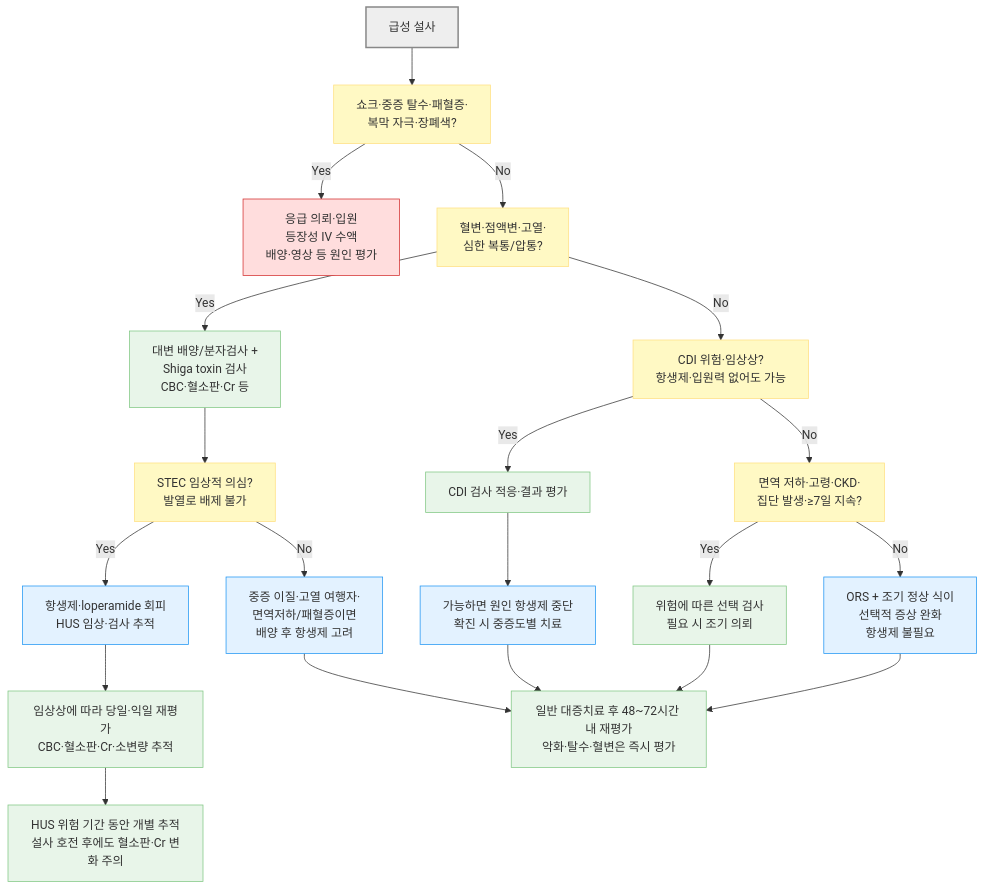
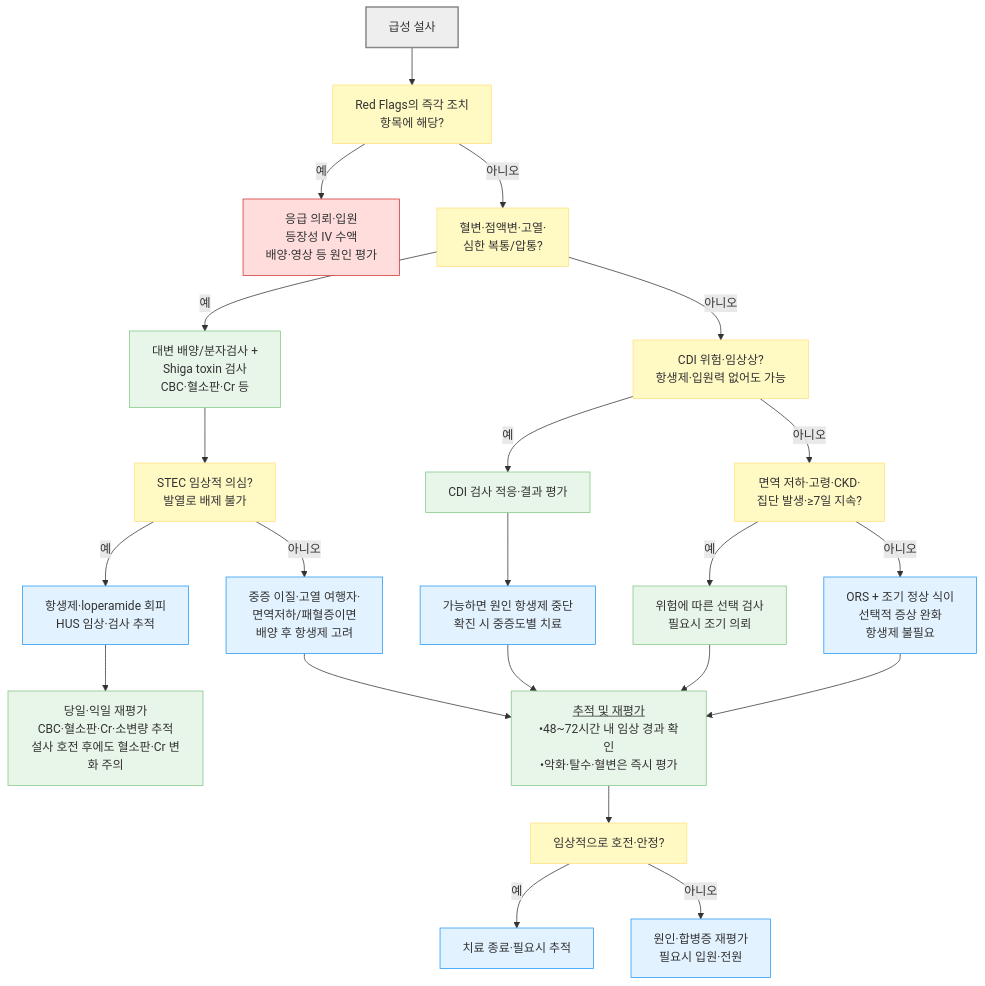
One commit to familyoh77/familyoh77 changed the diagram in 224_/083_-acute-diarrhea.md. Above: the diagram before and after it, drawn with Mermaid. The commit also changed other lines of this file and 1 other file, not shown here.

````diff
--- a/224_/083_-acute-diarrhea.md
+++ b/224_/083_-acute-diarrhea.md
@@ -145,36 +144,38 @@
 ```mermaid
 flowchart TD
-    Start["급성 설사"] --> S1["쇼크·중증 탈수·패혈증·<br/>복막 자극·장폐색?"]
-    S1 -->|Yes| Emergency["응급 의뢰·입원<br/>등장성 IV 수액<br/>배양·영상 등 원인 평가"]
-    S1 -->|No| S2["혈변·점액변·고열·<br/>심한 복통/압통?"]
+    Start["급성 설사"] --> S1["Red Flags의 즉각 조치<br/>항목에 해당?"]
+    S1 -- "예" --> Emergency["응급 의뢰·입원<br/>등장성 IV 수액<br/>배양·영상 등 원인 평가"]
+    S1 -- "아니오" --> S2["혈변·점액변·고열·<br/>심한 복통/압통?"]
 
-    S2 -->|Yes| Infl["대변 배양/분자검사 +<br/>Shiga toxin 검사<br/>CBC·혈소판·Cr 등"]
+    S2 -- "예" --> Infl["대변 배양/분자검사 +<br/>Shiga toxin 검사<br/>CBC·혈소판·Cr 등"]
     Infl --> STECq["STEC 임상적 의심?<br/>발열로 배제 불가"]
-    STECq -->|Yes| STEC["항생제·loperamide 회피<br/>HUS 임상·검사 추적"]
-    STECq -->|No| ABX["중증 이질·고열 여행자·<br/>면역저하/패혈증이면<br/>배양 후 항생제 고려"]
+    STECq -- "예" --> STEC["항생제·loperamide 회피<br/>HUS 임상·검사 추적"]
+    STECq -- "아니오" --> ABX["중증 이질·고열 여행자·<br/>면역저하/패혈증이면<br/>배양 후 항생제 고려"]
 
-    S2 -->|No| S3["CDI 위험·임상상?<br/>항생제·입원력 없어도 가능"]
-    S3 -->|Yes| CDIT["CDI 검사 적응·결과 평가"]
+    S2 -- "아니오" --> S3["CDI 위험·임상상?<br/>항생제·입원력 없어도 가능"]
+    S3 -- "예" --> CDIT["CDI 검사 적응·결과 평가"]
     CDIT --> CDI["가능하면 원인 항생제 중단<br/>확진 시 중증도별 치료"]
-    S3 -->|No| HighRisk["면역 저하·고령·CKD·<br/>집단 발생·≥7일 지속?"]
-    HighRisk -->|Yes| Test["위험에 따른 선택 검사<br/>필요 시 조기 의뢰"]
-    HighRisk -->|No| Support["ORS + 조기 정상 식이<br/>선택적 증상 완화<br/>항생제 불필요"]
+    S3 -- "아니오" --> HighRisk["면역 저하·고령·CKD·<br/>집단 발생·≥7일 지속?"]
+    HighRisk -- "예" --> Test["위험에 따른 선택 검사<br/>필요시 조기 의뢰"]
+    HighRisk -- "아니오" --> Support["ORS + 조기 정상 식이<br/>선택적 증상 완화<br/>항생제 불필요"]
 
-    STEC --> HUSFU["임상상에 따라 당일·익일 재평가<br/>CBC·혈소판·Cr·소변량 추적"]
-    HUSFU --> HUSReview["HUS 위험 기간 동안 개별 추적<br/>설사 호전 후에도 혈소판·Cr 변화 주의"]
-    ABX --> FU["일반 대증치료 후 48~72시간 내 재평가<br/>악화·탈수·혈변은 즉시 평가"]
+    STEC --> HUSFU["당일·익일 재평가<br/>CBC·혈소판·Cr·소변량 추적<br/>설사 호전 후에도 혈소판·Cr 변화 주의"]
+    ABX --> FU["<u>추적 및 재평가</u><br/>•48~72시간 내 임상 경과 확인<br/>•악화·탈수·혈변은 즉시 평가"]
     CDI --> FU
     Test --> FU
     Support --> FU
+    FU --> QFU["임상적으로 호전·안정?"]
+    QFU -- "예" --> End["치료 종료·필요시 추적"]
+    QFU -- "아니오" --> Reeval["원인·합병증 재평가<br/>필요시 입원·전원"]
 
     classDef neutral fill:#eeeeee,stroke:#888888,stroke-width:2px
     classDef question fill:#fff9c4,stroke:#ffe082
     classDef test fill:#e8f5e9,stroke:#81c784
     classDef treatment fill:#e3f2ff,stroke:#2196f3
     classDef emergency fill:#ffdddd,stroke:#d32f2f
     class Start neutral
-    class S1,S2,S3,STECq,HighRisk question
-    class Infl,CDIT,Test,HUSFU,HUSReview,FU test
-    class STEC,ABX,CDI,Support treatment
+    class S1,S2,S3,STECq,HighRisk,QFU question
+    class Infl,CDIT,Test,HUSFU,FU test
+    class STEC,ABX,CDI,Support,End,Reeval treatment
     class Emergency emergency
 ```
````
